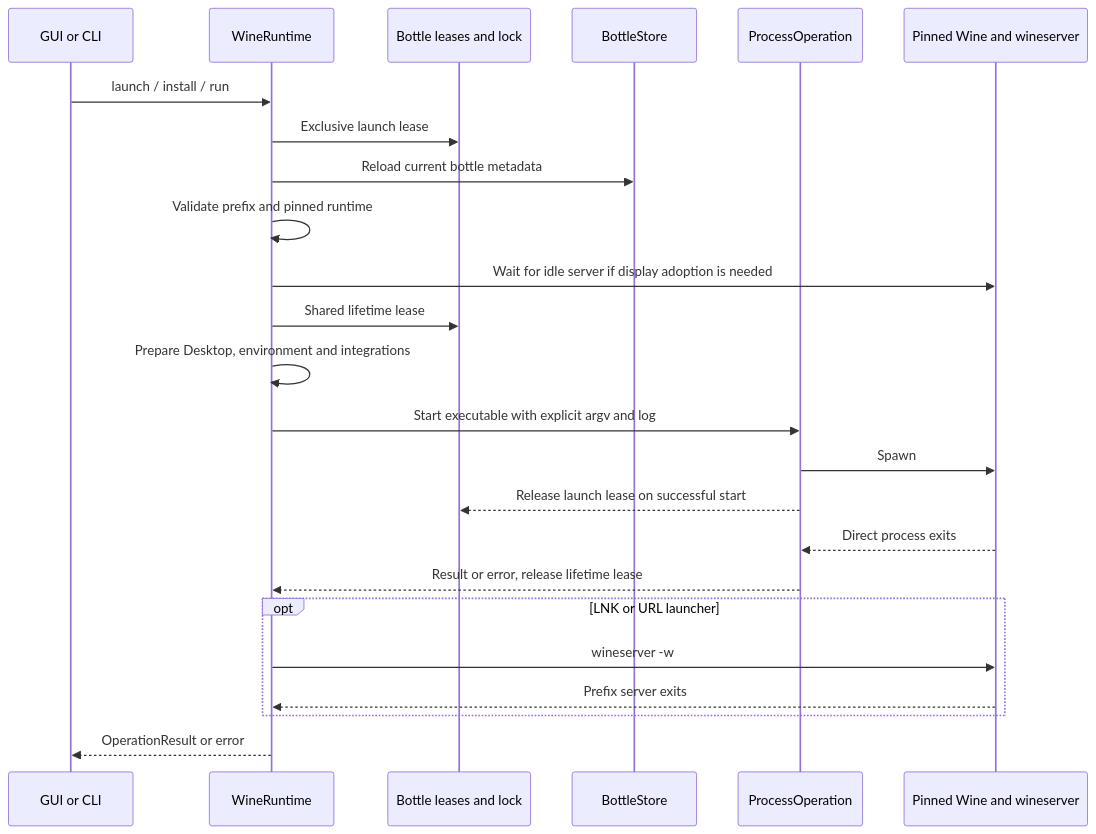
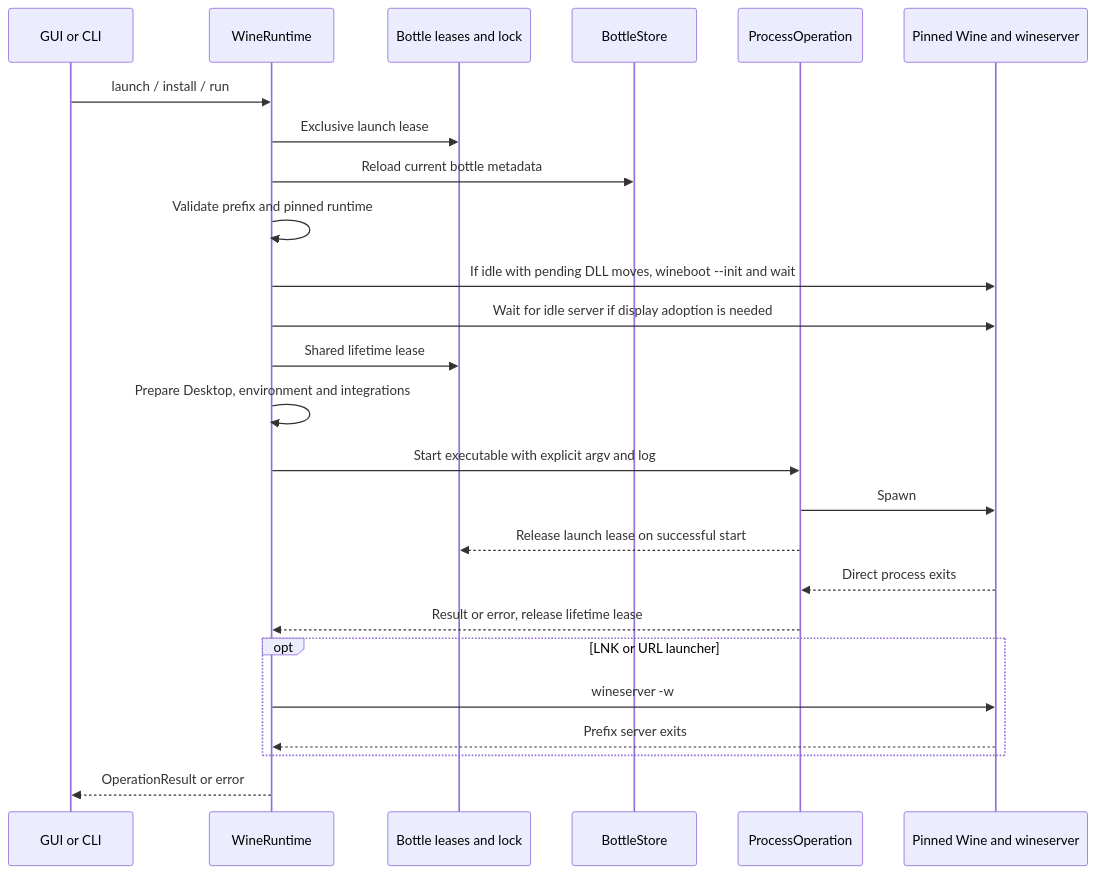
The second of 2 diagrams in docs/runtime-lifecycle.md (DimitriFourny/magicwine), drawn with Mermaid before and after one commit. The commit also changed other lines of this file and 5 other files, not shown here.

Commit message:
Finish Wine's pending DLL moves before the first launch

````diff
--- a/docs/runtime-lifecycle.md
+++ b/docs/runtime-lifecycle.md
@@ -119,26 +119,27 @@
 ```mermaid
 sequenceDiagram
     participant Caller as GUI or CLI
     participant Runtime as WineRuntime
     participant Locks as Bottle leases and lock
     participant Store as BottleStore
     participant Process as ProcessOperation
     participant Wine as Pinned Wine and wineserver
     Caller->>Runtime: launch / install / run
     Runtime->>Locks: Exclusive launch lease
     Runtime->>Store: Reload current bottle metadata
     Runtime->>Runtime: Validate prefix and pinned runtime
+    Runtime->>Wine: If idle with pending DLL moves, wineboot --init and wait
     Runtime->>Wine: Wait for idle server if display adoption is needed
     Runtime->>Locks: Shared lifetime lease
     Runtime->>Runtime: Prepare Desktop, environment and integrations
     Runtime->>Process: Start executable with explicit argv and log
     Process->>Wine: Spawn
     Process-->>Locks: Release launch lease on successful start
     Wine-->>Process: Direct process exits
     Process-->>Runtime: Result or error, release lifetime lease
     opt LNK or URL launcher
         Runtime->>Wine: wineserver -w
         Wine-->>Runtime: Prefix server exits
     end
     Runtime-->>Caller: OperationResult or error
 ```
````
